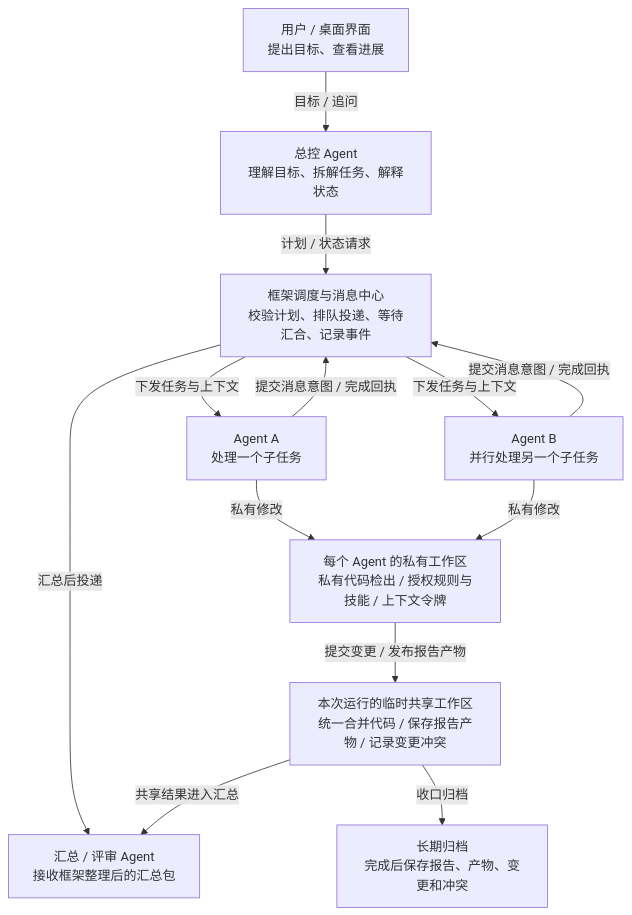
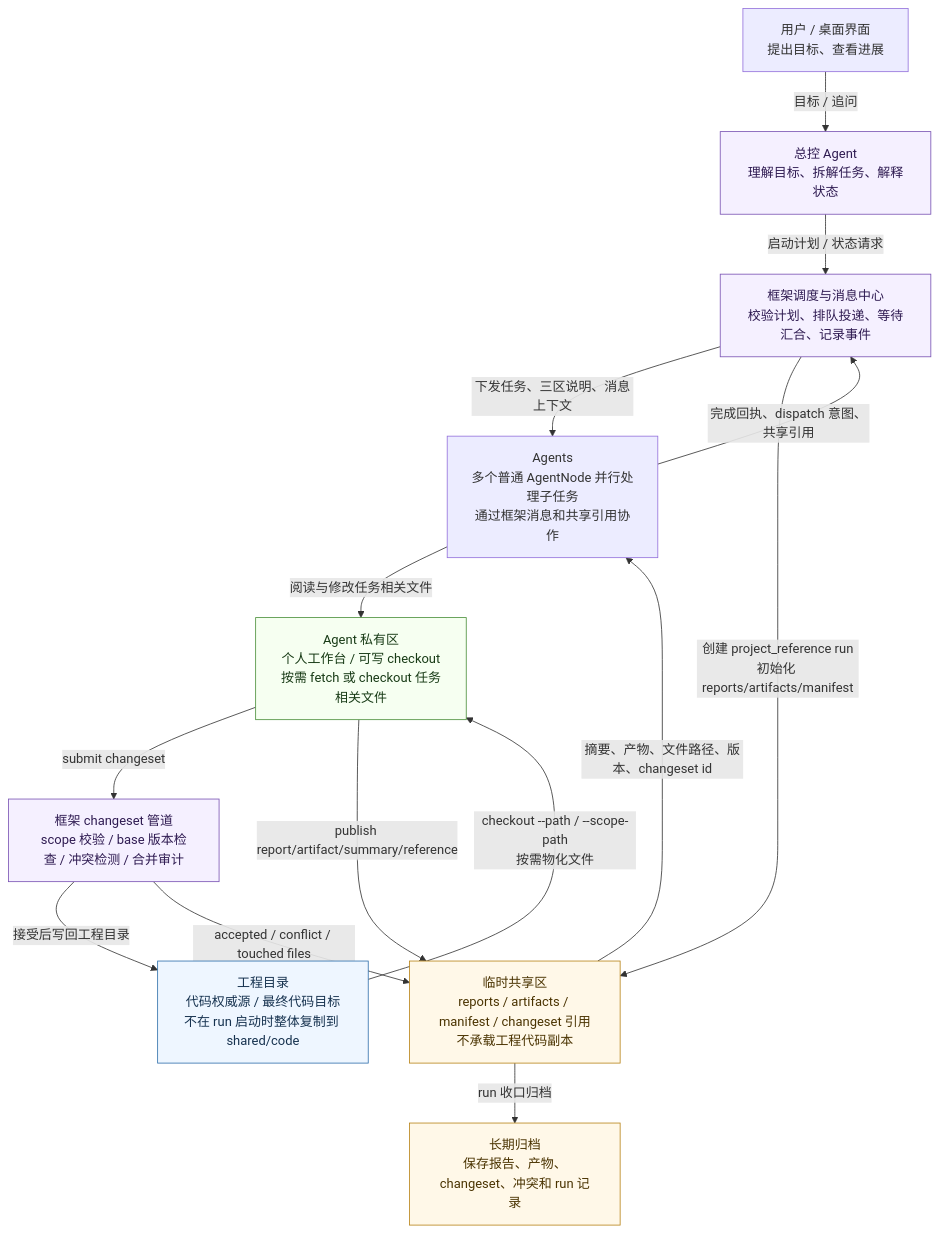
Before and after one commit to QHXRPG-A/multi_agent_tcp: the diagram in docs/diagrams/agents_collaboration_workspace_flow.mmd, drawn with Mermaid. The commit also changed 15 other files, not shown here.

Commit message:
Refactor workspaces to project-reference mode

```diff
--- a/docs/diagrams/agents_collaboration_workspace_flow.mmd
+++ b/docs/diagrams/agents_collaboration_workspace_flow.mmd
@@ -1,26 +1,38 @@
 flowchart TB
     user["用户 / 桌面界面\n提出目标、查看进展"]
     top["总控 Agent\n理解目标、拆解任务、解释状态"]
     fw["框架调度与消息中心\n校验计划、排队投递、等待汇合、记录事件"]
 
-    a["Agent A\n处理一个子任务"]
-    b["Agent B\n并行处理另一个子任务"]
-    r["汇总 / 评审 Agent\n接收框架整理后的汇总包"]
+    project["工程目录\n代码权威源 / 最终代码目标\n不在 run 启动时整体复制到 shared/code"]
+    agents["Agents\n多个普通 AgentNode 并行处理子任务\n通过框架消息和共享引用协作"]
 
-    p["每个 Agent 的私有工作区\n私有代码检出 / 授权规则与技能 / 上下文令牌"]
-    s["本次运行的临时共享工作区\n统一合并代码 / 保存报告产物 / 记录变更冲突"]
-    z["长期归档\n完成后保存报告、产物、变更和冲突"]
+    private["Agent 私有区\n个人工作台 / 可写 checkout\n按需 fetch 或 checkout 任务相关文件"]
+    shared["临时共享区\nreports / artifacts / manifest / changeset 引用\n不承载工程代码副本"]
+    changeset["框架 changeset 管道\nscope 校验 / base 版本检查 / 冲突检测 / 合并审计"]
+    archive["长期归档\n保存报告、产物、changeset、冲突和 run 记录"]
 
     user -->|"目标 / 追问"| top
-    top -->|"计划 / 状态请求"| fw
-    fw -->|"下发任务与上下文"| a
-    fw -->|"下发任务与上下文"| b
-    a -->|"提交消息意图 / 完成回执"| fw
-    b -->|"提交消息意图 / 完成回执"| fw
-    fw -->|"汇总后投递"| r
+    top -->|"启动计划 / 状态请求"| fw
+    fw -->|"下发任务、三区说明、消息上下文"| agents
+    agents -->|"完成回执、dispatch 意图、共享引用"| fw
 
-    a -->|"私有修改"| p
-    b -->|"私有修改"| p
-    p -->|"提交变更 / 发布报告产物"| s
-    s -->|"共享结果进入汇总"| r
-    s -->|"收口归档"| z
+    fw -->|"创建 project_reference run\n初始化 reports/artifacts/manifest"| shared
+    project -->|"checkout --path / --scope-path\n按需物化文件"| private
+    agents -->|"阅读与修改任务相关文件"| private
+    private -->|"submit changeset"| changeset
+    changeset -->|"接受后写回工程目录"| project
+    changeset -->|"accepted / conflict / touched files"| shared
+
+    private -->|"publish report/artifact/summary/reference"| shared
+    shared -->|"摘要、产物、文件路径、版本、changeset id"| agents
+    shared -->|"run 收口归档"| archive
+
+    classDef authority fill:#eef6ff,stroke:#2f6fab,color:#16324f
+    classDef private fill:#f6fff1,stroke:#4a8f3a,color:#183b16
+    classDef shared fill:#fff8e8,stroke:#b88318,color:#4a3300
+    classDef control fill:#f5f0ff,stroke:#7952b3,color:#2f1b52
+
+    class project authority
+    class private private
+    class shared,archive shared
+    class fw,changeset,top control
```
